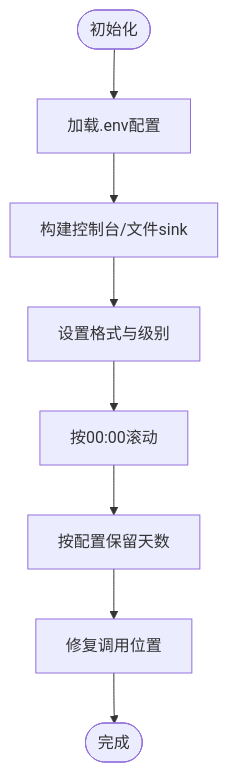
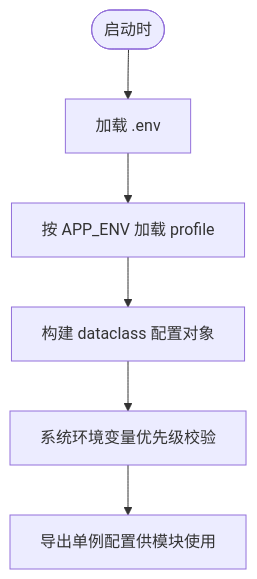
One commit to YveS-y/rag-agent changed the third of 8 diagrams in .qoder/repowiki/zh/content/开发者指南.md. Above: the diagram before and after it, drawn with Mermaid. The commit also changed other lines of this file and 14 other files, not shown here.

````diff
--- a/.qoder/repowiki/zh/content/开发者指南.md
+++ b/.qoder/repowiki/zh/content/开发者指南.md
@@ -403,10 +149,8 @@
 ```mermaid
 flowchart TD
-Start(["初始化"]) --> LoadEnv["加载.env配置"]
-LoadEnv --> BuildSink["构建控制台/文件sink"]
-BuildSink --> SetFormat["设置格式与级别"]
-SetFormat --> Rotate["按00:00滚动"]
-Rotate --> Retain["按配置保留天数"]
-Retain --> PatchPos["修复调用位置"]
-PatchPos --> Done(["完成"])
+Start(["启动时"]) --> LoadEnv["加载 .env"]
+LoadEnv --> LoadProfile["按 APP_ENV 加载 profile"]
+LoadProfile --> BuildConfigs["构建 dataclass 配置对象"]
+BuildConfigs --> Priority["系统环境变量优先级校验"]
+Priority --> Export["导出单例配置供模块使用"]
 ```
````
